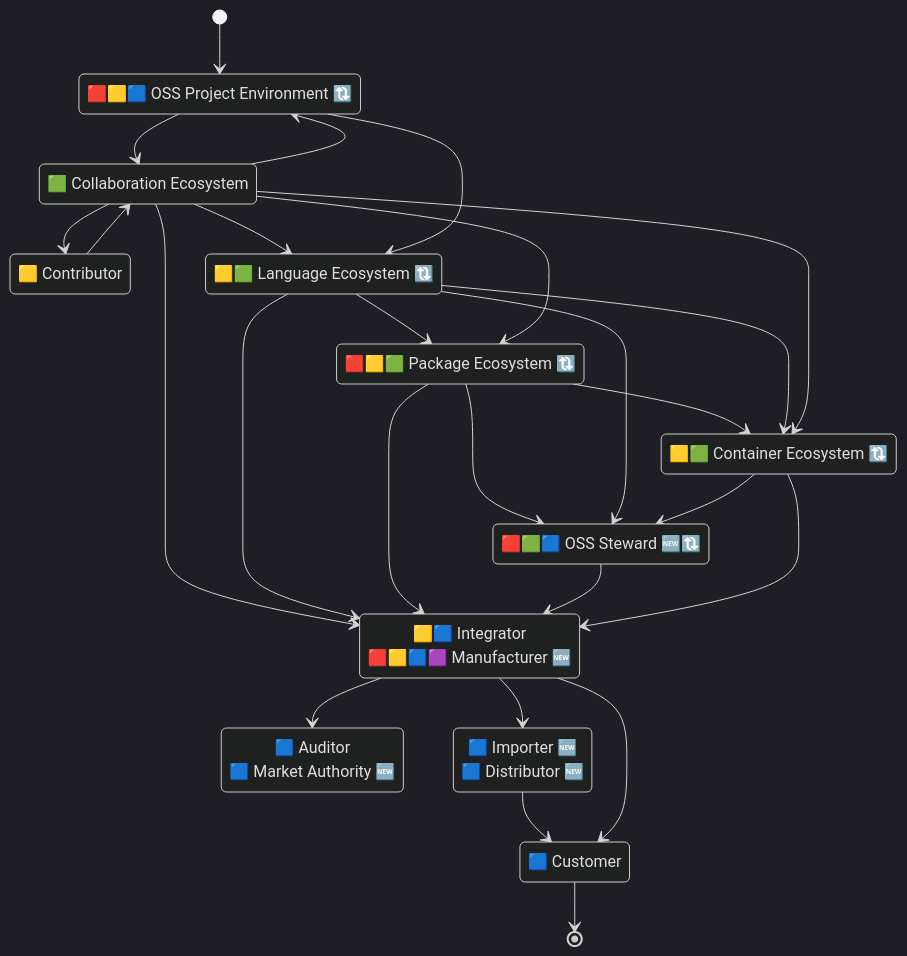
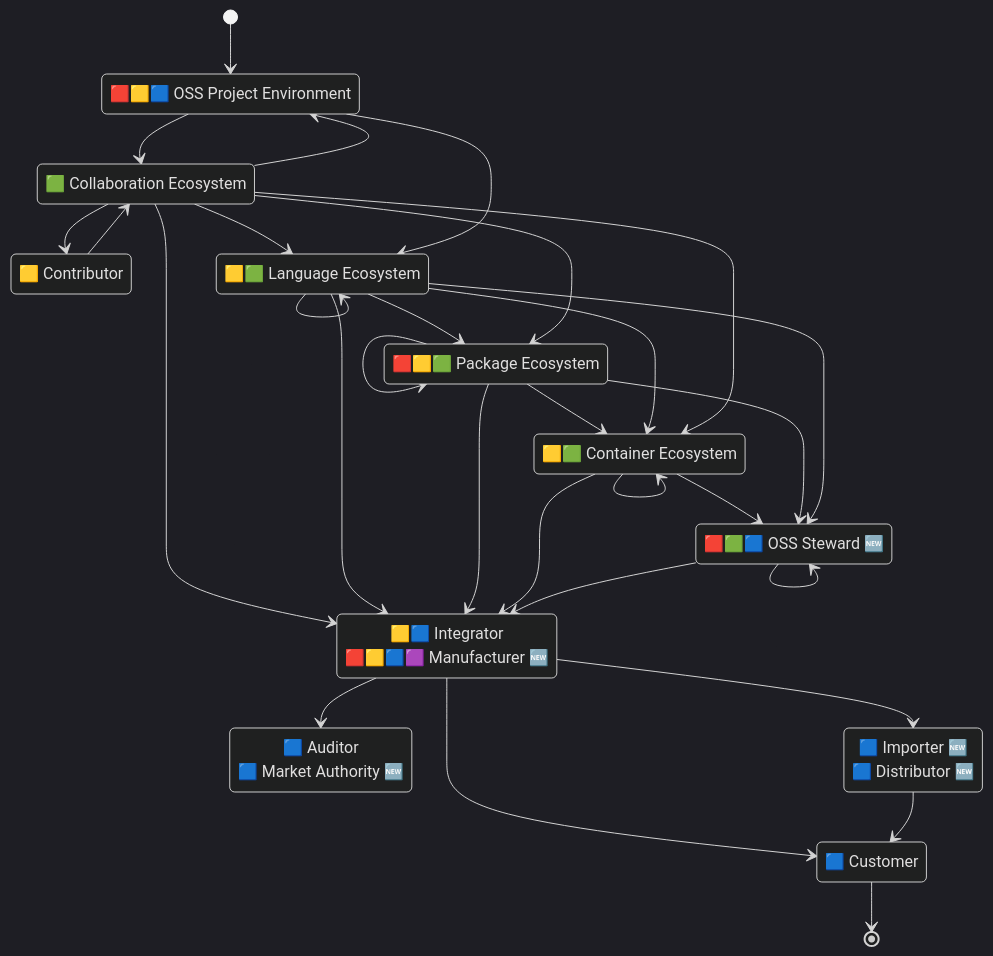
Before and after one commit to CPAN-Security/security.metacpan.org: the second of 5 diagrams in docs/supplychain-sbom.md, drawn with Mermaid (dark theme). The commit also changed other lines of this file, not shown here.

Commit message:
Try self-referencing loops with MermaidJS 12.0.0. They work now!

````diff
--- a/docs/supplychain-sbom.md
+++ b/docs/supplychain-sbom.md
@@ -143,45 +144,49 @@
 ```mermaid
 stateDiagram-v2
     direction TB
 
-    state "🟥&zwj;🟨&zwj;🟦&nbsp;OSS&nbsp;Project&nbsp;Environment&nbsp;🔃" as environment_project
-    state "🟨 Contributor" as environment_contributor
+    state "🟥&zwj;🟨&zwj;🟦&nbsp;OSS&nbsp;Project&nbsp;Environment" as environment_project
+    state "🟨&nbsp;Contributor" as environment_contributor
     state "🟩&nbsp;Collaboration&nbsp;Ecosystem" as ecosystem_forge
-    state "🟨&zwj;🟩&nbsp;Language&nbsp;Ecosystem&nbsp;🔃" as ecosystem_lang
-    state "🟥&zwj;🟨&zwj;🟩&nbsp;Package&nbsp;Ecosystem&nbsp;🔃" as ecosystem_package
-    state "🟨&zwj;🟩&nbsp;Container&nbsp;Ecosystem&nbsp;🔃" as ecosystem_container
-    state "🟥🟩🟦 OSS Steward 🆕🔃" as ecosystem_steward
-    state "🟨🟦 Integrator<br>🟥&zwj;🟨&zwj;🟦&zwj;🟪&nbsp;Manufacturer&nbsp;🆕" as environment_integrator
-    state "🟦 Auditor<br>🟦 Market Authority 🆕" as authority_auditor
-    state "🟦 Importer 🆕<br>🟦 Distributor 🆕" as environment_market
-    state "🟦 Customer" as environment_customer
+    state "🟨&zwj;🟩&nbsp;Language&nbsp;Ecosystem" as ecosystem_lang
+    state "🟥&zwj;🟨&zwj;🟩&nbsp;Package&nbsp;Ecosystem" as ecosystem_package
+    state "🟨&zwj;🟩&nbsp;Container&nbsp;Ecosystem" as ecosystem_container
+    state "🟥&zwj;🟩&zwj;🟦&nbsp;OSS&nbsp;Steward&nbsp;🆕" as ecosystem_steward
+    state "🟨&zwj;🟦 Integrator<br>🟥&zwj;🟨&zwj;🟦&zwj;🟪&nbsp;Manufacturer&nbsp;🆕" as environment_integrator
+    state "🟦&nbsp;Auditor<br>🟦&nbsp;Market&nbsp;Authority&nbsp;🆕" as authority_auditor
+    state "🟦&nbsp;Importer&nbsp;🆕<br>🟦&nbsp;Distributor&nbsp;🆕" as environment_market
+    state "🟦&nbsp;Customer" as environment_customer
 
     [*]                      --> environment_project
     ecosystem_forge          --> environment_project
+    environment_project      --> ecosystem_forge
     ecosystem_forge          --> environment_contributor
     ecosystem_forge          --> ecosystem_lang
-    environment_project      --> ecosystem_forge
     environment_project      --> ecosystem_lang
     environment_contributor  --> ecosystem_forge
     ecosystem_lang           --> ecosystem_package
     ecosystem_forge          --> ecosystem_package
     ecosystem_package        --> ecosystem_container
     ecosystem_forge          --> environment_integrator
     ecosystem_lang           --> environment_integrator
     ecosystem_lang           --> ecosystem_container
     ecosystem_forge          --> ecosystem_container
+    ecosystem_container      --> ecosystem_steward
+    ecosystem_package        --> ecosystem_steward
+    ecosystem_package        --> ecosystem_package
     ecosystem_package        --> environment_integrator
-    ecosystem_package        --> ecosystem_steward
     ecosystem_lang           --> ecosystem_steward
-    ecosystem_container      --> ecosystem_steward
+    ecosystem_lang           --> ecosystem_lang
+    ecosystem_container      --> ecosystem_container
+    ecosystem_container      --> environment_integrator
     ecosystem_steward        --> environment_integrator
-    ecosystem_container      --> environment_integrator
+    ecosystem_steward        --> ecosystem_steward
+    environment_integrator   --> environment_market
+    environment_integrator   --> environment_customer
+    environment_market       --> environment_customer
     environment_integrator   --> authority_auditor
-    environment_integrator   --> environment_market
-    environment_market       --> environment_customer
-    environment_integrator   --> environment_customer
     environment_customer     --> [*]
 
     %% Copyright © 2025 Salve J. Nilsen <sjn@oslo.pm>
     %% Some rights reserved. Licensed CC-BY-SA-4.0
 ```
````
